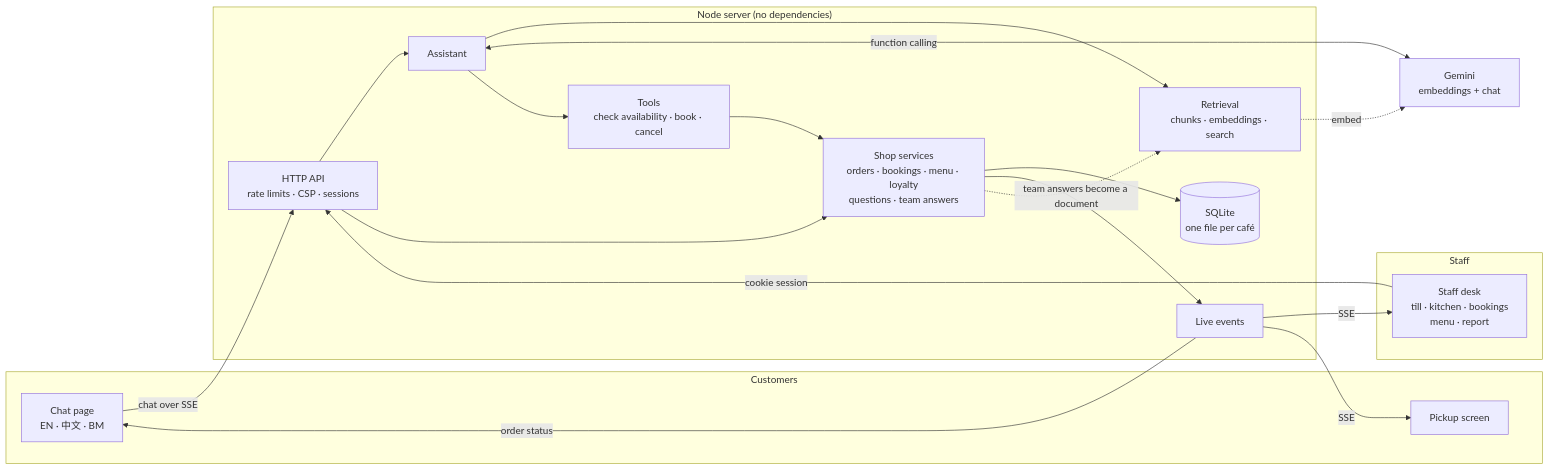
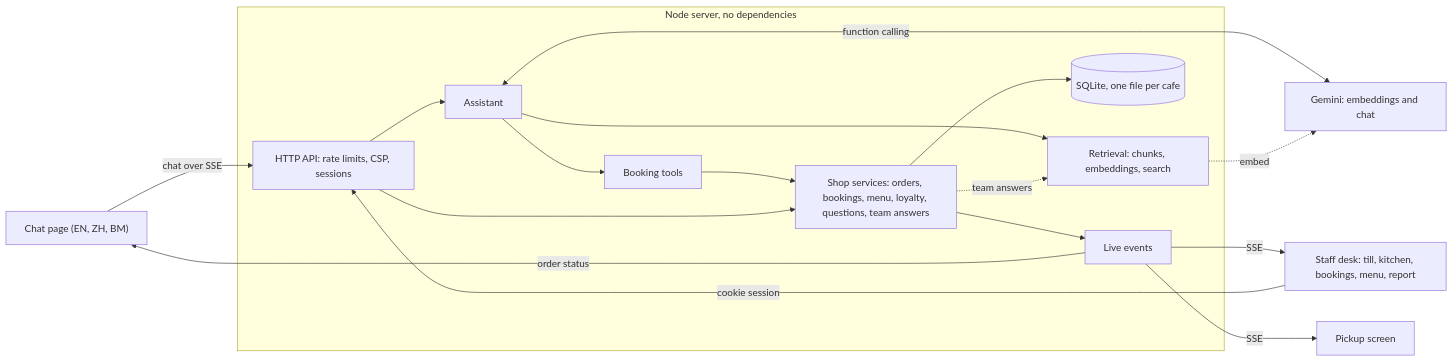
One commit to Kx1742/rag-support-bot changed the diagram in README.md. Above: the diagram before and after it, drawn with Mermaid.

Commit message:
README: simplify the architecture diagram so GitHub can render it

````diff
--- a/README.md
+++ b/README.md
@@ -77,32 +77,32 @@
 ```mermaid
 flowchart LR
-    subgraph Customers
-        C[Chat page<br/>EN · 中文 · BM]
-        P[Pickup screen]
+    C["Chat page (EN, ZH, BM)"]
+    P["Pickup screen"]
+    D["Staff desk: till, kitchen, bookings, menu, report"]
+    subgraph Server["Node server, no dependencies"]
+        API["HTTP API: rate limits, CSP, sessions"]
+        A["Assistant"]
+        R["Retrieval: chunks, embeddings, search"]
+        T["Booking tools"]
+        S["Shop services: orders, bookings, menu, loyalty, questions, team answers"]
+        DB[("SQLite, one file per cafe")]
+        E["Live events"]
     end
-    subgraph Staff
-        D[Staff desk<br/>till · kitchen · bookings<br/>menu · report]
-    end
-    subgraph Server["Node server (no dependencies)"]
-        API[HTTP API<br/>rate limits · CSP · sessions]
-        A[Assistant]
-        R[Retrieval<br/>chunks · embeddings · search]
-        T[Tools<br/>check availability · book · cancel]
-        S[Shop services<br/>orders · bookings · menu · loyalty<br/>questions · team answers]
-        DB[(SQLite<br/>one file per café)]
-        E[Live events]
-    end
-    G[Gemini<br/>embeddings + chat]
+    G["Gemini: embeddings and chat"]
 
     C -->|chat over SSE| API
     D -->|cookie session| API
-    API --> A --> R
+    API --> A
+    A --> R
     A <-->|function calling| G
     R -.->|embed| G
-    A --> T --> S
-    API --> S --> DB
-    S --> E -->|SSE| D
+    A --> T
+    T --> S
+    API --> S
+    S --> DB
+    S --> E
+    E -->|SSE| D
     E -->|SSE| P
     E -->|order status| C
-    S -.->|team answers become a document| R
+    S -.->|team answers| R
 ```
````
